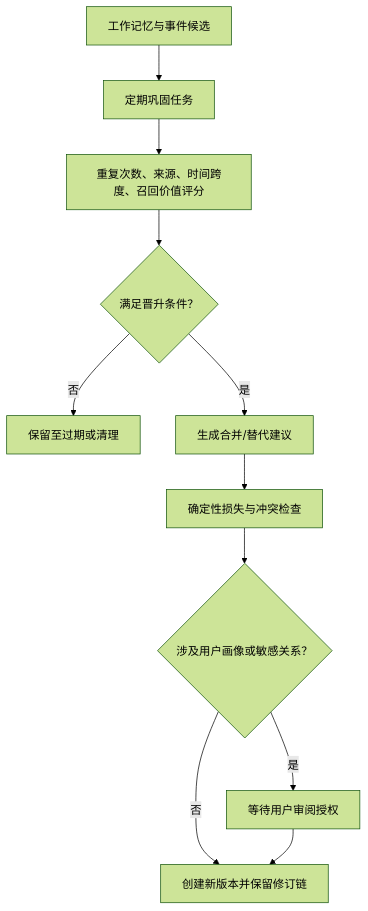
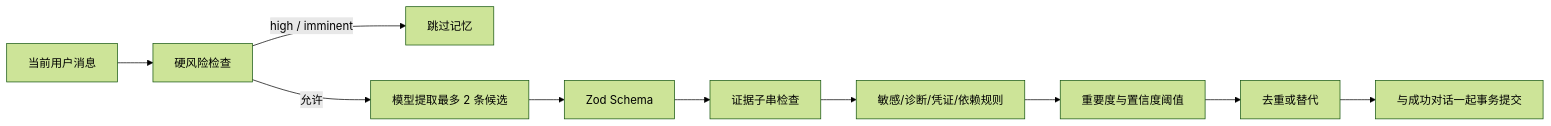
One commit to Mildoko/spirit-otter-mvp changed the second of 2 diagrams in docs/spirit-otter-memory-system-v1.md. Above: the diagram before and after it, drawn with Mermaid (forest theme). The commit also changed other lines of this file and 84 other files, not shown here.

````diff
--- a/docs/spirit-otter-memory-system-v1.md
+++ b/docs/spirit-otter-memory-system-v1.md
@@ -345,13 +61,12 @@
 ```mermaid
-flowchart TD
-    A["工作记忆与事件候选"] --> B["定期巩固任务"]
-    B --> C["重复次数、来源、时间跨度、召回价值评分"]
-    C --> D{"满足晋升条件？"}
-    D -->|"否"| E["保留至过期或清理"]
-    D -->|"是"| F["生成合并/替代建议"]
-    F --> G["确定性损失与冲突检查"]
-    G --> H{"涉及用户画像或敏感关系？"}
-    H -->|"是"| I["等待用户审阅授权"]
-    H -->|"否"| J["创建新版本并保留修订链"]
-    I --> J
+flowchart LR
+    A["当前用户消息"] --> B["硬风险检查"]
+    B -->|"high / imminent"| X["跳过记忆"]
+    B -->|"允许"| C["模型提取最多 2 条候选"]
+    C --> D["Zod Schema"]
+    D --> E["证据子串检查"]
+    E --> F["敏感/诊断/凭证/依赖规则"]
+    F --> G["重要度与置信度阈值"]
+    G --> H["去重或替代"]
+    H --> I["与成功对话一起事务提交"]
 ```
````
